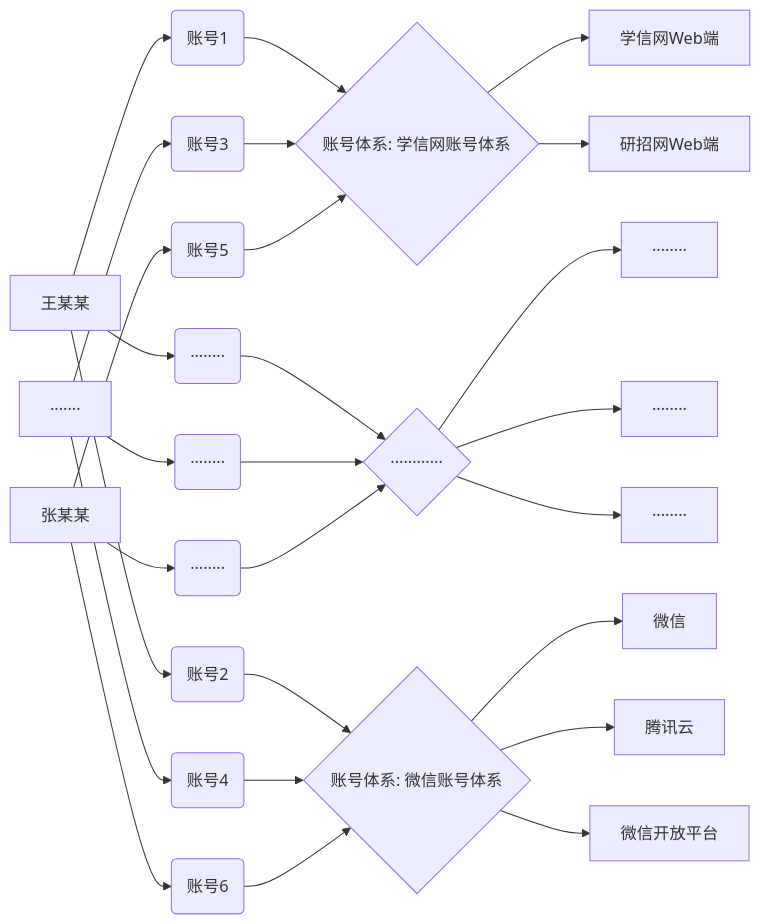
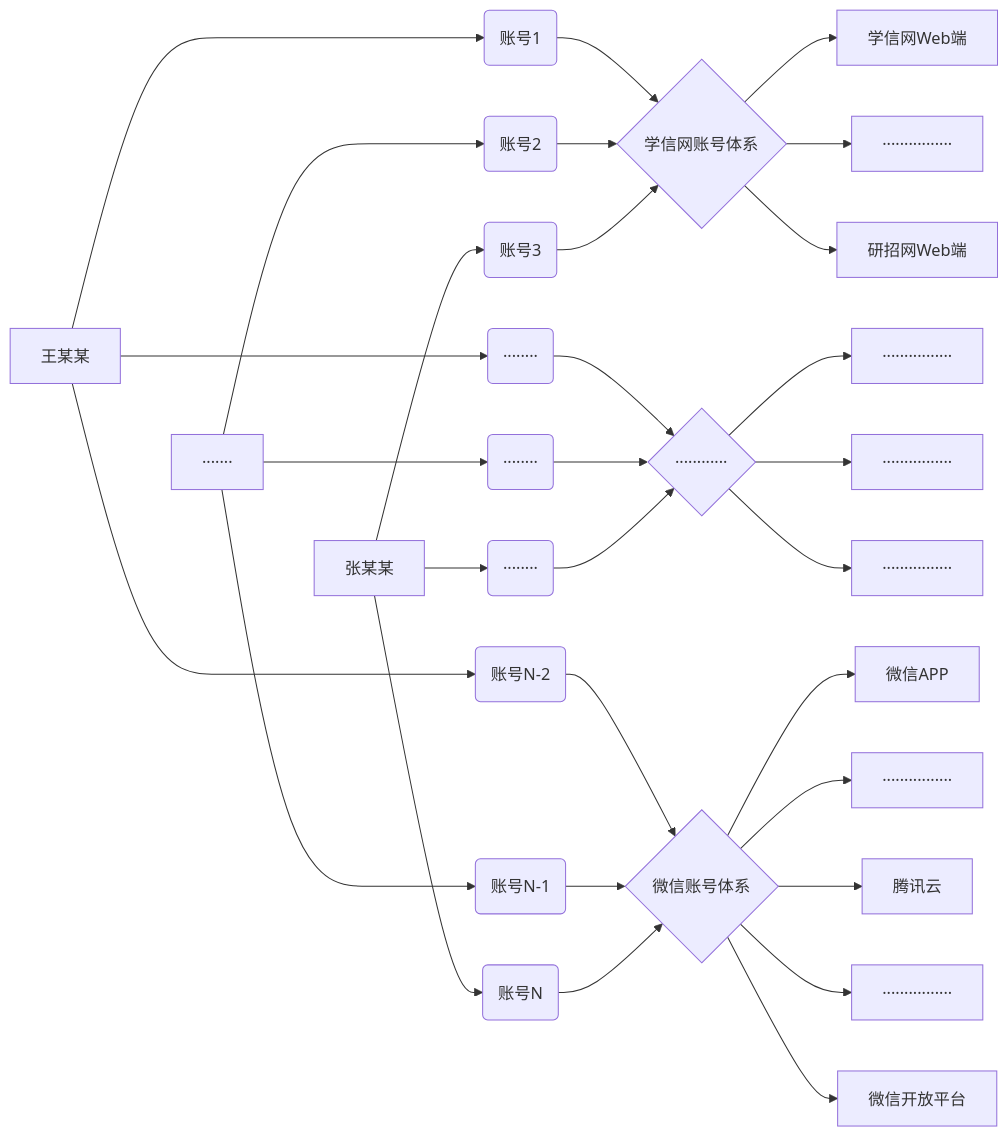
Before and after one commit to Haoke98/allkeeper-desktop: the diagram in README.md, drawn with Mermaid.

Commit message:
进一步优化账号,账号体系,应用端之间的关系结构示意图.

````diff
--- a/README.md
+++ b/README.md
@@ -39,64 +39,65 @@
   ```mermaid
   flowchart LR
     P1[王某某] 
     P2[·······]
     P3[张某某]
 
-    AS1{账号体系: 学信网账号体系}
+    AS1{学信网账号体系}
     AS2{············}
-    AS3{账号体系: 微信账号体系}
+    AS3{微信账号体系}
     
 
     A1(账号1)
     A2(········)
-    A3(账号3)
+    A3(账号2)
     A4(········)
-    A5(账号5)
+    A5(账号3)
     A6(········)
-    A7(账号2)
-    A8(账号4)
-    A9(账号6)
+    A7(账号N-2)
+    A8(账号N-1)
+    A9(账号N)
 
     APP1[学信网Web端]
-    APP2[研招网Web端]
-    APP3[········]
-    APP4[········]
-    APP5[········]
-    APP6[微信]
-    APP7[腾讯云]
-    APP8[微信开放平台]
-    
-    
-    
-
+    APP2[················]
+    APP3[研招网Web端]
+    APP4[················]
+    APP5[················]
+    APP6[················]
+    APP7[微信APP]
+    APP8[················]
+    APP9[腾讯云]
+    APP10[················]
+    APP11[微信开放平台]
 
     AS1-->APP1
     AS1-->APP2
-    AS2-->APP3
-    AS3-->APP6
+    AS1-->APP3
+    AS2-->APP4
+    AS2-->APP5
+    AS2-->APP6
     AS3-->APP7
     AS3-->APP8
-    AS2-->APP4
-    AS2-->APP5
+    AS3-->APP9
+    AS3-->APP10
+    AS3-->APP11
     
-    
-    P1--> A1
-    P1--> A2
-    P1--> A7
-    P2--> A3
-    P2--> A4
-    P2--> A8
+    P1----> A1
+    P1----> A2
+    P1----> A7
+    P2---> A3
+    P2---> A4
+    P2---> A8
     P3--> A5
     P3--> A6
     P3--> A9
 
     A1-->AS1
     A2-->AS2
     A3-->AS1
     A4-->AS2
     A5-->AS1
     A6-->AS2
     A7-->AS3
     A8-->AS3
     A9-->AS3
   ```
````
